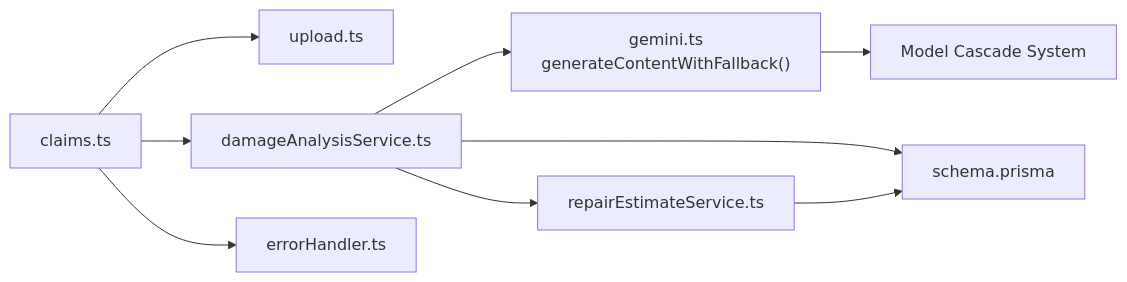
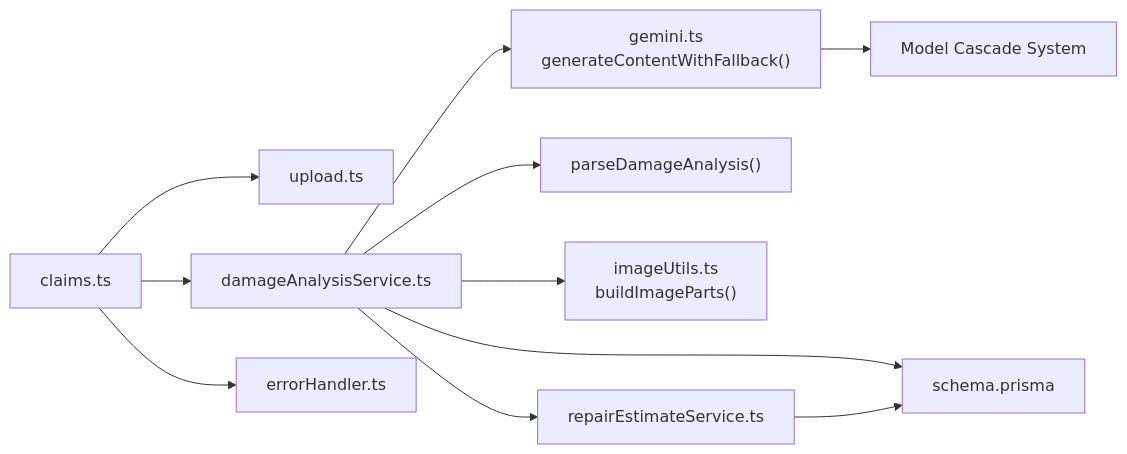
The third of 3 diagrams in .qoder/repowiki/en/content/AI Services Integration/Damage Analysis Service.md (NaveenHiranya/Smart-Vehicle-Insurance-Claim-System), drawn with Mermaid before and after one commit. The commit also changed other lines of this file and 33 other files, not shown here.

````diff
--- a/.qoder/repowiki/en/content/AI Services Integration/Damage Analysis Service.md
+++ b/.qoder/repowiki/en/content/AI Services Integration/Damage Analysis Service.md
@@ -272,11 +296,13 @@
 ```mermaid
 graph LR
 Claims["claims.ts"] --> Upload["upload.ts"]
 Claims --> DamageSvc["damageAnalysisService.ts"]
 DamageSvc --> Fallback["gemini.ts<br/>generateContentWithFallback()"]
+DamageSvc --> Parser["parseDamageAnalysis()"]
+DamageSvc --> ImageUtils["imageUtils.ts<br/>buildImageParts()"]
 Fallback --> ModelCascade["Model Cascade System"]
 DamageSvc --> PrismaDB["schema.prisma"]
 DamageSvc --> RepairSvc["repairEstimateService.ts"]
 RepairSvc --> PrismaDB
 Claims --> ErrorHandler["errorHandler.ts"]
 ```
````
